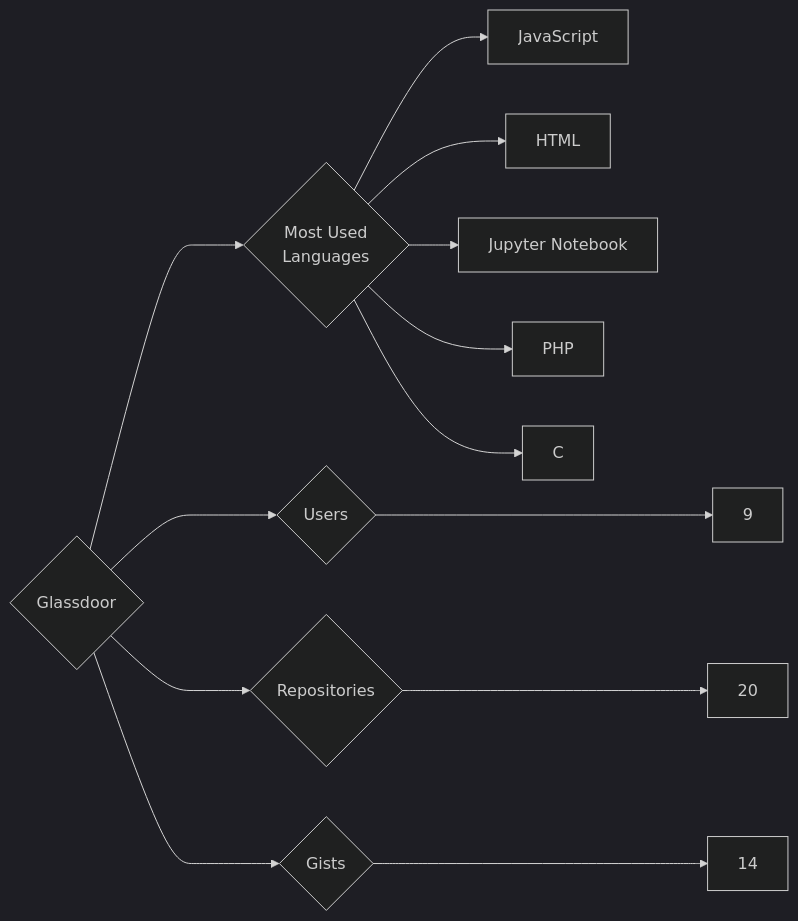
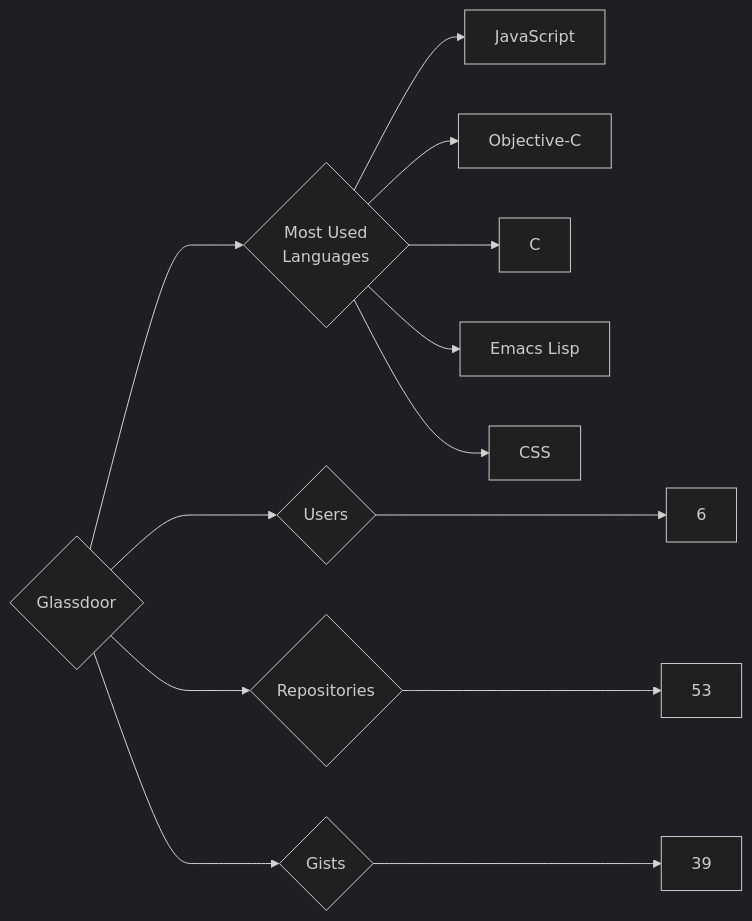
One commit to trickest/insiders changed the diagram in targets/Glassdoor/README.md. Above: the diagram before and after it, drawn with Mermaid (dark theme). The commit also changed 611 other files, not shown here.

````diff
--- a/targets/Glassdoor/README.md
+++ b/targets/Glassdoor/README.md
@@ -3,13 +3,13 @@
 ```mermaid
 graph LR
 COMPANY_NAME{Glassdoor}
-COMPANY_NAME ---> U{Users} ---> UN[9]
-COMPANY_NAME ---> R{Repositories} ---> RN[20]
-COMPANY_NAME ---> G{Gists} ---> GN[14]
+COMPANY_NAME ---> U{Users} ---> UN[6]
+COMPANY_NAME ---> R{Repositories} ---> RN[53]
+COMPANY_NAME ---> G{Gists} ---> GN[39]
 COMPANY_NAME ---> ML{Most Used<br>Languages}
 ML --> JavaScript[JavaScript]
-ML --> HTML[HTML]
-ML --> Jupyter_Notebook[Jupyter Notebook]
-ML --> PHP[PHP]
+ML --> Objective-C[Objective-C]
 ML --> C[C]
+ML --> Emacs_Lisp[Emacs Lisp]
+ML --> CSS[CSS]
 ```
````
